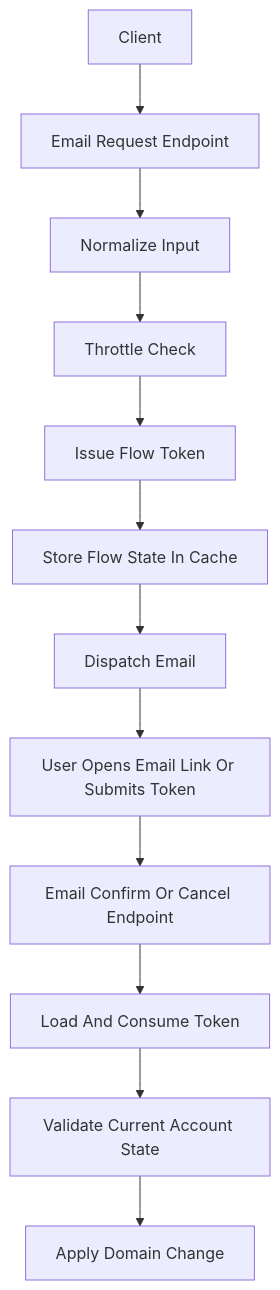
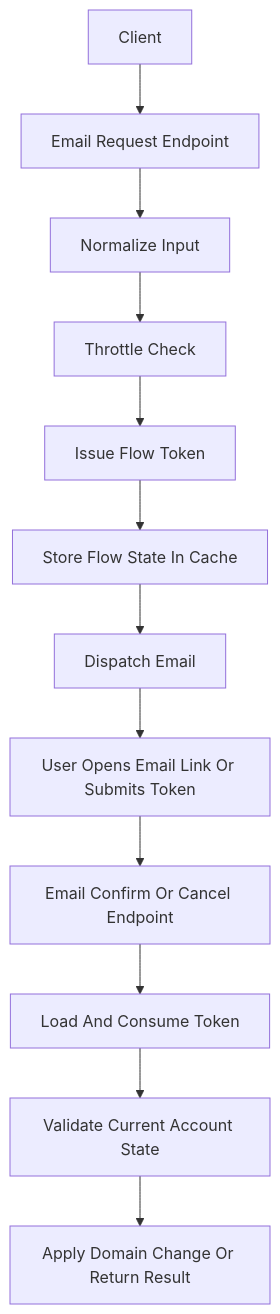
One commit to hydroan/gst changed the first of 4 diagrams in module/iam/email_interfaces.md. Above: the diagram before and after it, drawn with Mermaid. The commit also changed other lines of this file, not shown here.

````diff
--- a/module/iam/email_interfaces.md
+++ b/module/iam/email_interfaces.md
@@ -28,14 +30,14 @@
 ```mermaid
 flowchart TD
     A[Client] --> B[Email Request Endpoint]
     B --> C[Normalize Input]
     C --> D[Throttle Check]
     D --> E[Issue Flow Token]
     E --> F[Store Flow State In Cache]
     F --> G[Dispatch Email]
     G --> H[User Opens Email Link Or Submits Token]
     H --> I[Email Confirm Or Cancel Endpoint]
     I --> J[Load And Consume Token]
     J --> K[Validate Current Account State]
-    K --> L[Apply Domain Change]
+    K --> L[Apply Domain Change Or Return Result]
 ```
````
